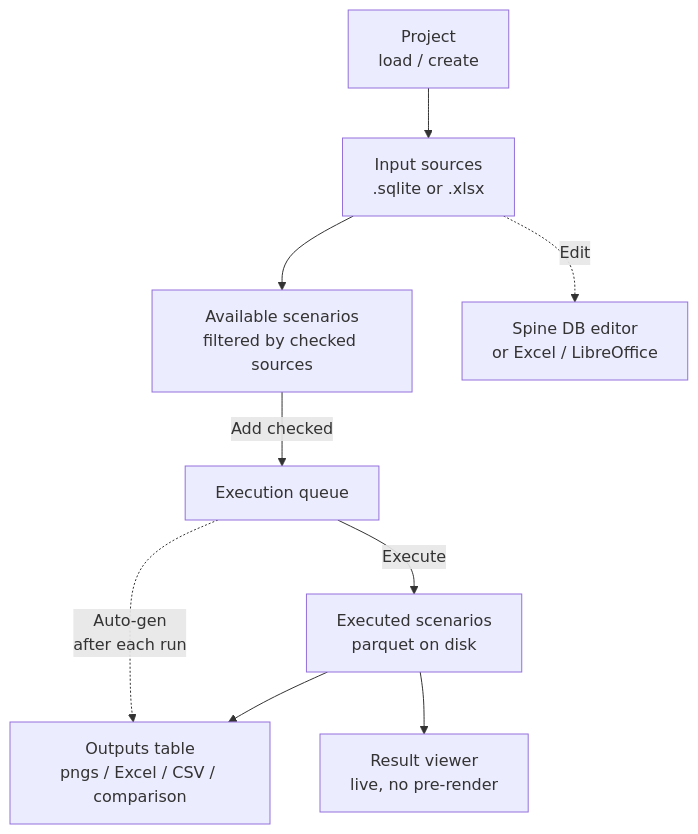
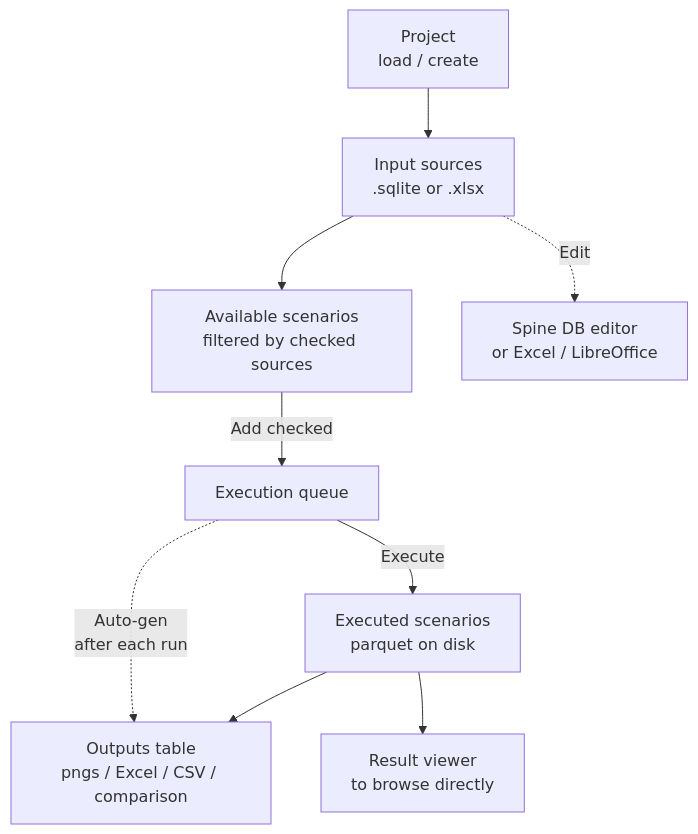
The diagram in docs/flextool_gui_interface.md (irena-flextool/flextool), drawn with Mermaid before and after one commit. The commit also changed 6 other files, not shown here.

````diff
--- a/docs/flextool_gui_interface.md
+++ b/docs/flextool_gui_interface.md
@@ -15,19 +15,19 @@
 ```mermaid
 flowchart TD
     P[Project<br/>load / create]
     I[Input sources<br/>.sqlite or .xlsx]
     A[Available scenarios<br/>filtered by checked sources]
     Q[Execution queue]
     X[Executed scenarios<br/>parquet on disk]
     O[Outputs table<br/>pngs / Excel / CSV / comparison]
-    R[Result viewer<br/>live, no pre-render]
+    R[Result viewer<br/>to browse directly]
 
     P --> I --> A
     A -- Add checked --> Q
     Q -- Execute --> X
     X --> O
     X --> R
 
     I -. Edit .-> E[Spine DB editor<br/>or Excel / LibreOffice]
     Q -. Auto-gen<br/>after each run .-> O
 ```
````
